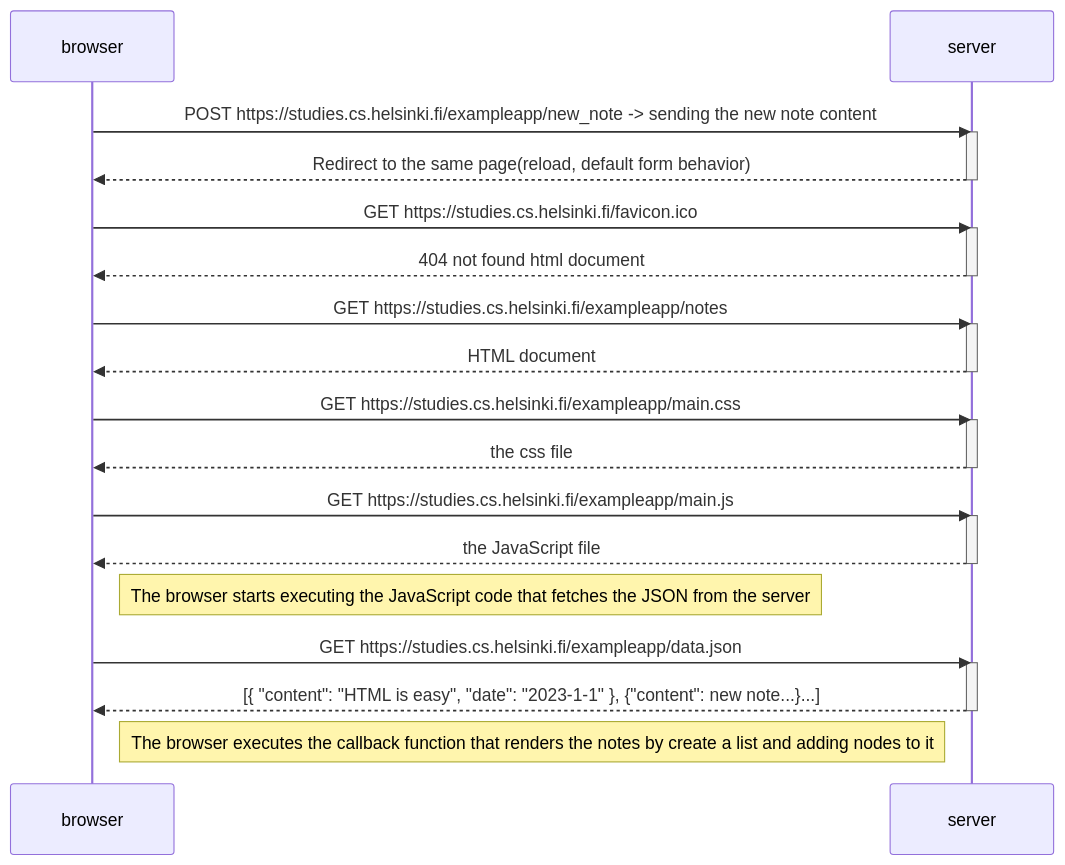
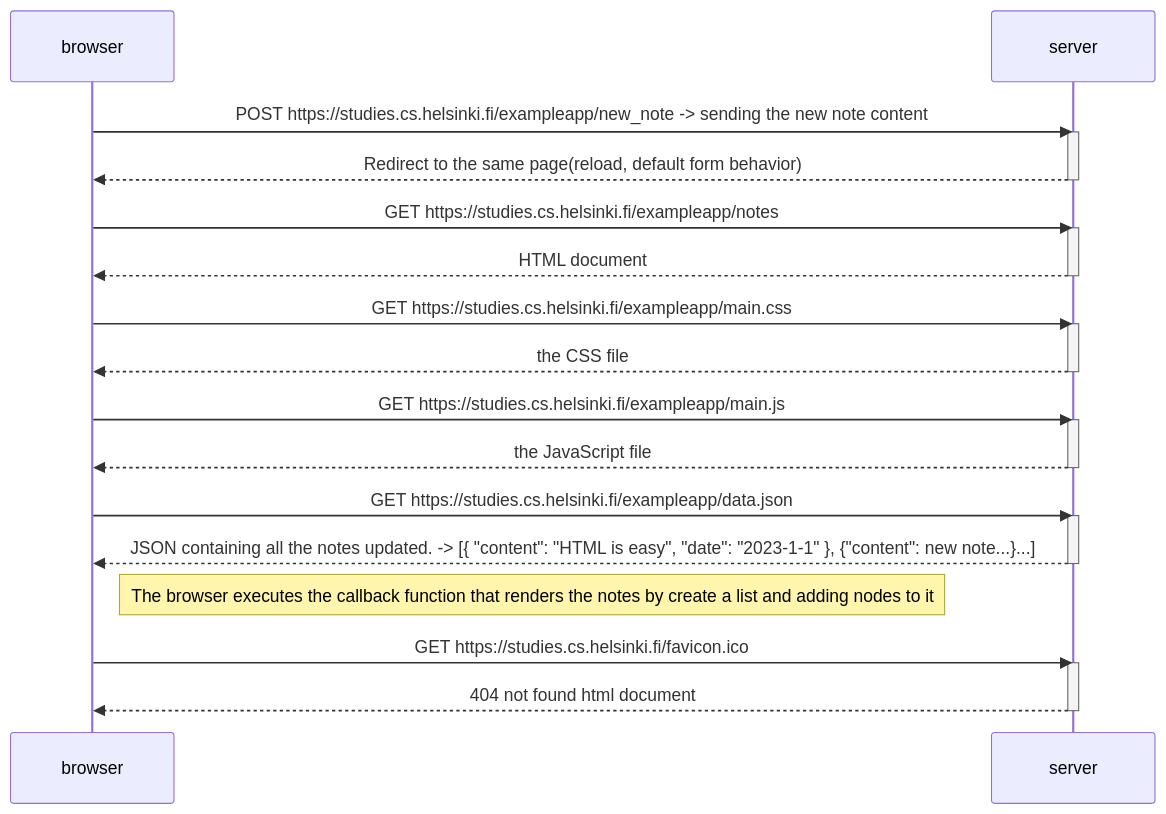
One commit to RamonVBN/helsinki-fullstack-open changed the diagram in part0/0.4.md. Above: the diagram before and after it, drawn with Mermaid.

Commit message:
Fix typos and update server responses in 0.4.md

````diff
--- a/part0/0.4.md
+++ b/part0/0.4.md
@@ -1,40 +1,37 @@
 ```mermaid
 sequenceDiagram
     participant browser
     participant server
 
     browser->>server: POST https://studies.cs.helsinki.fi/exampleapp/new_note -> sending the new note content
     activate server
     server-->>browser: Redirect to the same page(reload, default form behavior)
     deactivate server
 
-    browser->>server: GET https://studies.cs.helsinki.fi/favicon.ico
-    activate server
-    server-->>browser: 404 not found html document
-    deactivate server
-
     browser->>server: GET https://studies.cs.helsinki.fi/exampleapp/notes
     activate server
     server-->>browser: HTML document
     deactivate server
 
     browser->>server: GET https://studies.cs.helsinki.fi/exampleapp/main.css
     activate server
-    server-->>browser: the css file
+    server-->>browser: the CSS file
     deactivate server
 
     browser->>server: GET https://studies.cs.helsinki.fi/exampleapp/main.js
     activate server
     server-->>browser: the JavaScript file
     deactivate server
 
-    Note right of browser: The browser starts executing the JavaScript code that fetches the JSON from the server
-
     browser->>server: GET https://studies.cs.helsinki.fi/exampleapp/data.json
     activate server
-    server-->>browser: [{ "content": "HTML is easy", "date": "2023-1-1" }, {"content": new note...}...]
+    server-->>browser: JSON containing all the notes updated. -> [{ "content": "HTML is easy", "date": "2023-1-1" }, {"content": new note...}...]
     deactivate server
 
     Note right of browser: The browser executes the callback function that renders the notes by create a list and adding nodes to it
 
+    browser->>server: GET https://studies.cs.helsinki.fi/favicon.ico
+    activate server
+    server-->>browser: 404 not found html document
+    deactivate server
 ```
````
